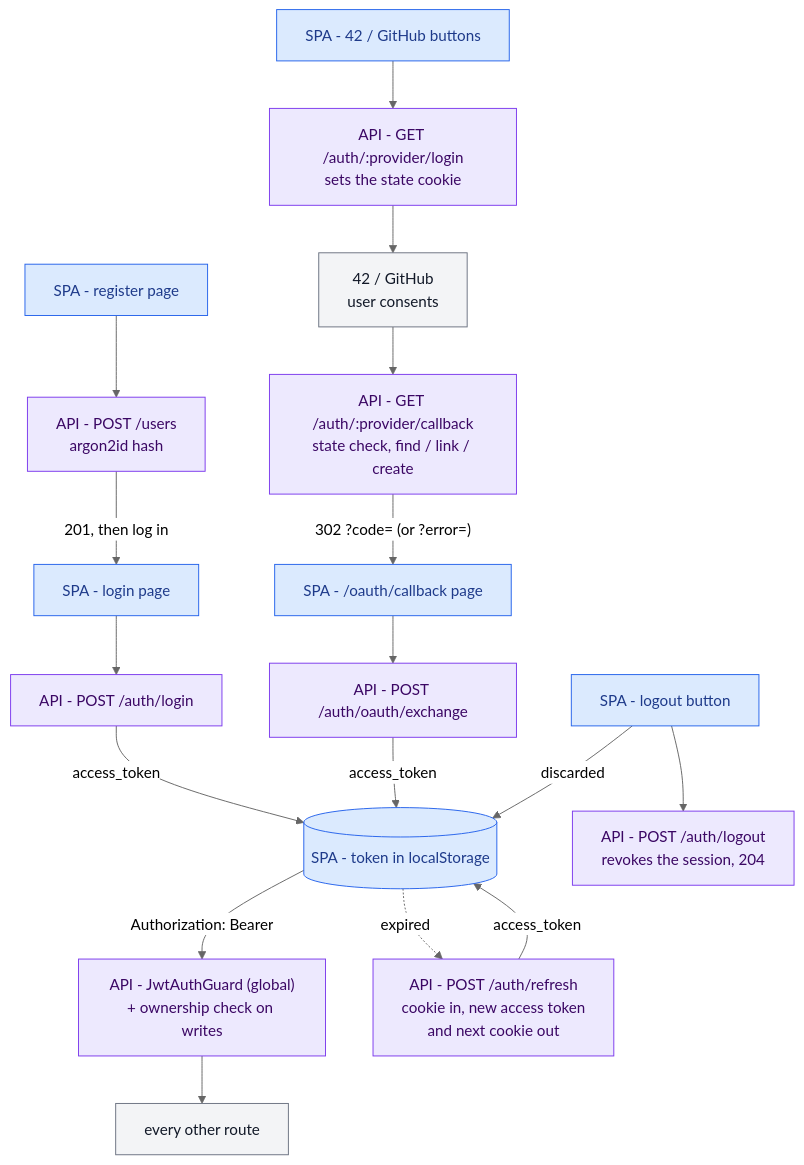
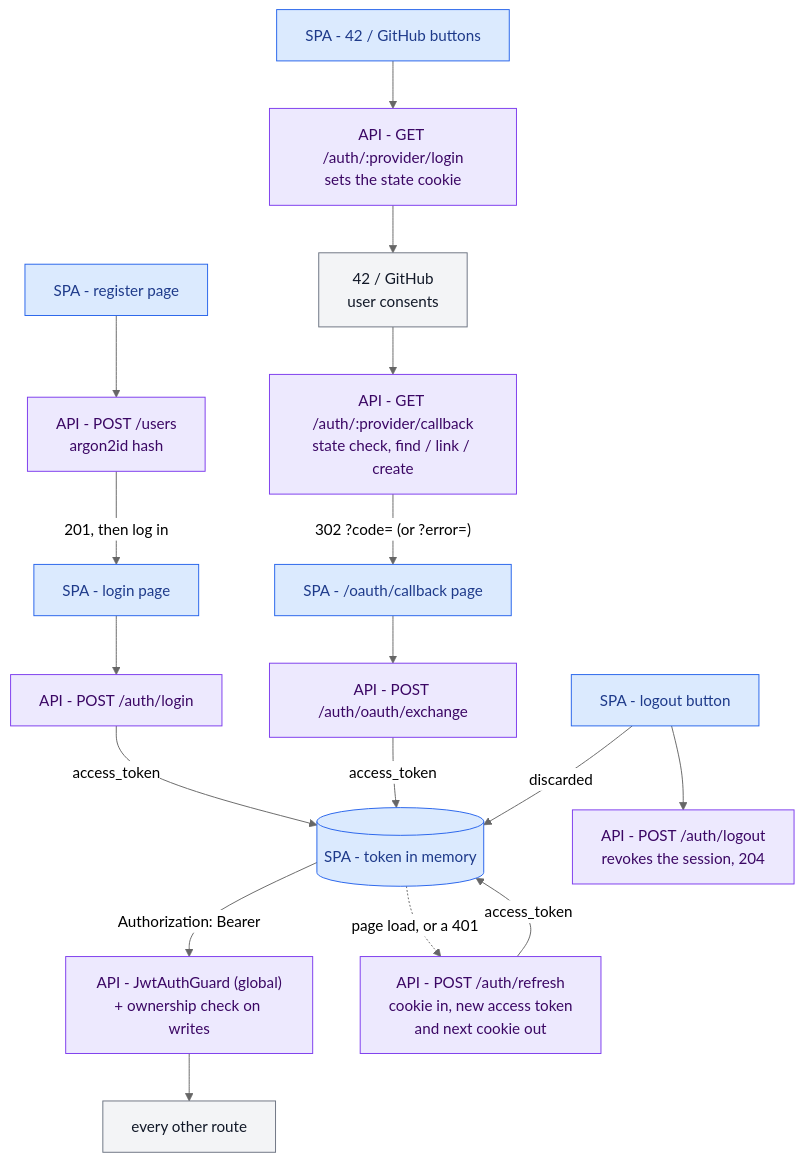
Before and after one commit to kidp8479/42_hypertube: the first of 9 diagrams in docs/diagrams/auth.md, drawn with Mermaid (neutral theme). The commit also changed other lines of this file and 3 other files, not shown here.

````diff
--- a/docs/diagrams/auth.md
+++ b/docs/diagrams/auth.md
@@ -19,29 +19,29 @@
 ```mermaid
 flowchart TD
     reg["SPA - register page"] --> postUsers["API - POST /users<br/>argon2id hash"]
     postUsers -- "201, then log in" --> login["SPA - login page"]
     login --> postLogin["API - POST /auth/login"]
 
     btns["SPA - 42 / GitHub buttons"] --> oLogin["API - GET /auth/:provider/login<br/>sets the state cookie"]
     oLogin --> prov["42 / GitHub<br/>user consents"]
     prov --> oCb["API - GET /auth/:provider/callback<br/>state check, find / link / create"]
     oCb -- "302 ?code= (or ?error=)" --> cbpage["SPA - /oauth/callback page"]
     cbpage --> exch["API - POST /auth/oauth/exchange"]
 
-    postLogin -- "access_token" --> token[("SPA - token in localStorage")]
+    postLogin -- "access_token" --> token[("SPA - token in memory")]
     exch -- "access_token" --> token
     token -- "Authorization: Bearer" --> jwt["API - JwtAuthGuard (global)<br/>+ ownership check on writes"]
     jwt --> routes["every other route"]
-    token -. "expired" .-> refresh["API - POST /auth/refresh<br/>cookie in, new access token<br/>and next cookie out"]
+    token -. "page load, or a 401" .-> refresh["API - POST /auth/refresh<br/>cookie in, new access token<br/>and next cookie out"]
     refresh -- "access_token" --> token
 
     out["SPA - logout button"] --> postLogout["API - POST /auth/logout<br/>revokes the session, 204"]
     out -- "discarded" --> token
 
     classDef spa fill:#dbeafe,stroke:#2563eb,color:#1e3a8a
     classDef api fill:#ede9fe,stroke:#7c3aed,color:#3b0764
     classDef ext fill:#f3f4f6,stroke:#6b7280,color:#111827
     class reg,login,btns,cbpage,token,out spa
     class postUsers,postLogin,oLogin,oCb,exch,jwt,postLogout,refresh api
     class prov,routes ext
 ```
````
